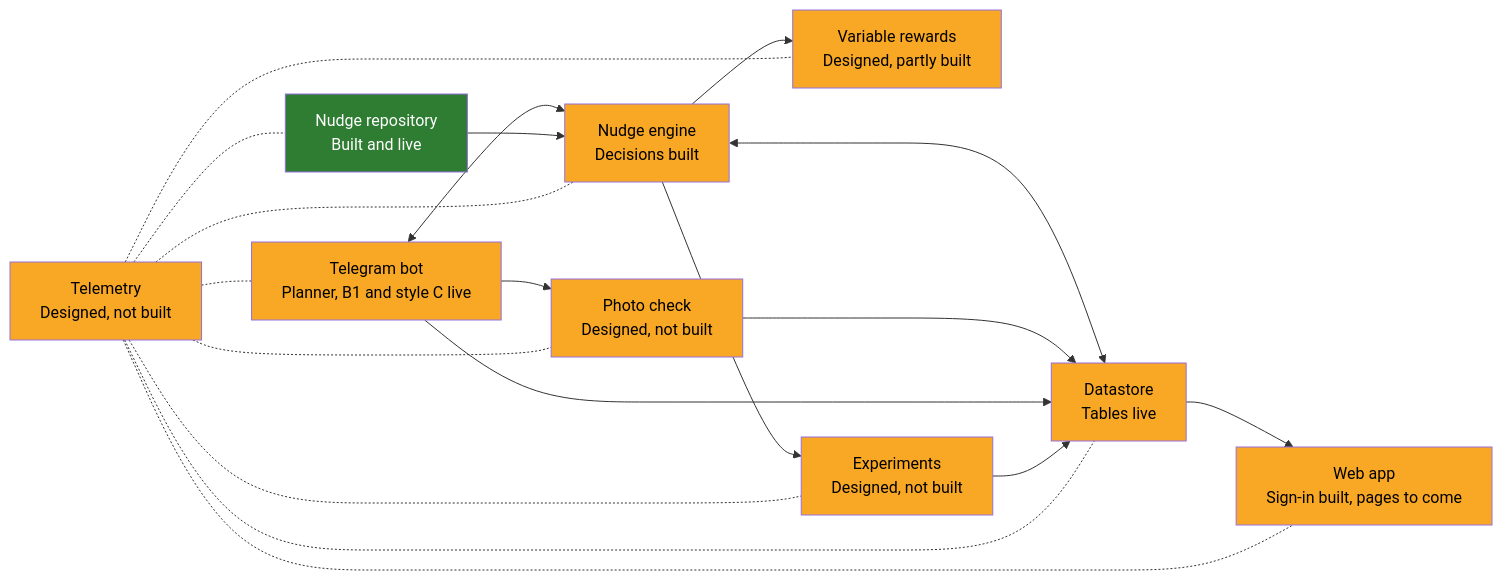
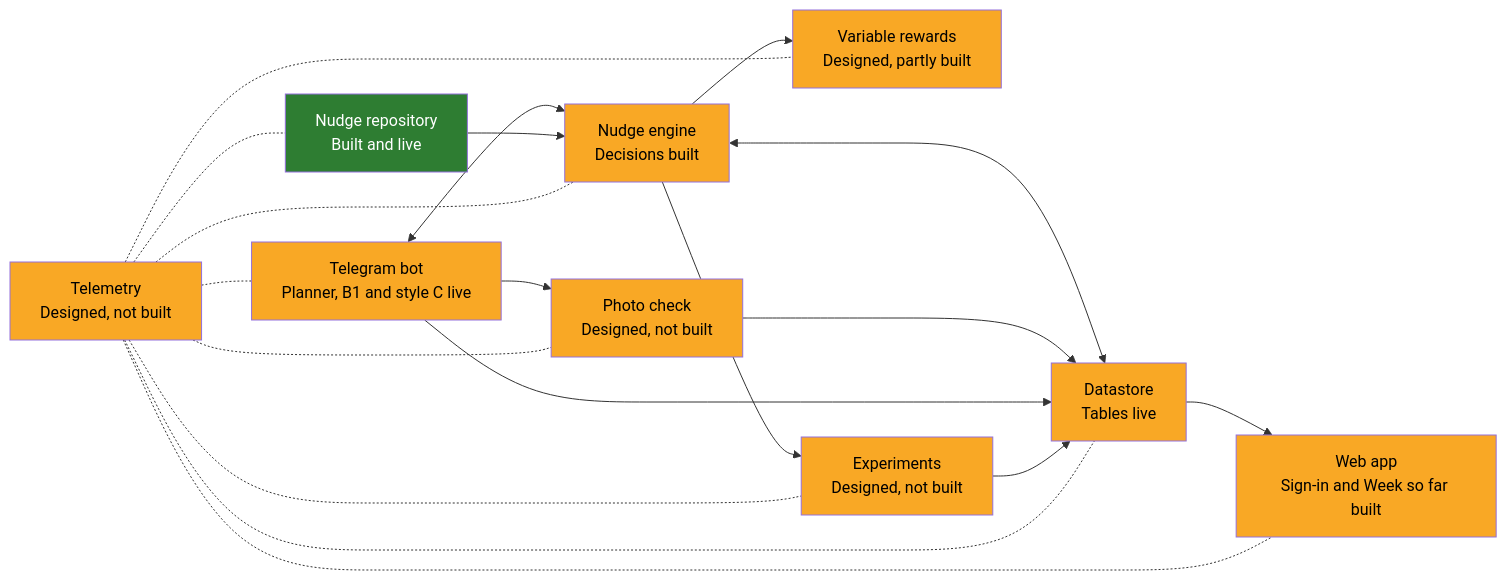
One commit to WeiLieh/FamilyHabitBuilder changed the diagram in docs/ARCHITECTURE.md. Above: the diagram before and after it, drawn with Mermaid. The commit also changed other lines of this file and 12 other files, not shown here.

First line of the commit message:
Web app: Week so far in plain HTML (rules 9.2, 9.4 to 9.7; owner-approved tests WS1 to WS12)

````diff
--- a/docs/ARCHITECTURE.md
+++ b/docs/ARCHITECTURE.md
@@ -5,35 +5,35 @@
 ```mermaid
 flowchart LR
     telegram["Telegram bot<br/>Planner, B1 and style C live"]:::part
     engine["Nudge engine<br/>Decisions built"]:::part
     repository["Nudge repository<br/>Built and live"]:::done
     photo["Photo check<br/>Designed, not built"]:::part
     rewards["Variable rewards<br/>Designed, partly built"]:::part
     datastore["Datastore<br/>Tables live"]:::part
-    webapp["Web app<br/>Sign-in built, pages to come"]:::part
+    webapp["Web app<br/>Sign-in and Week so far built"]:::part
     telemetry["Telemetry<br/>Designed, not built"]:::part
     experiments["Experiments<br/>Designed, not built"]:::part
 
     telegram <--> engine
     repository --> engine
     engine --> rewards
     engine <--> datastore
     telegram --> photo
     photo --> datastore
     telegram --> datastore
     datastore --> webapp
     engine --> experiments
     experiments --> datastore
     telemetry -.- telegram
     telemetry -.- engine
     telemetry -.- repository
     telemetry -.- photo
     telemetry -.- rewards
     telemetry -.- datastore
     telemetry -.- webapp
     telemetry -.- experiments
 
     classDef done fill:#2e7d32,color:#ffffff
     classDef part fill:#f9a825,color:#000000
     classDef todo fill:#9e9e9e,color:#000000
 ```
````
